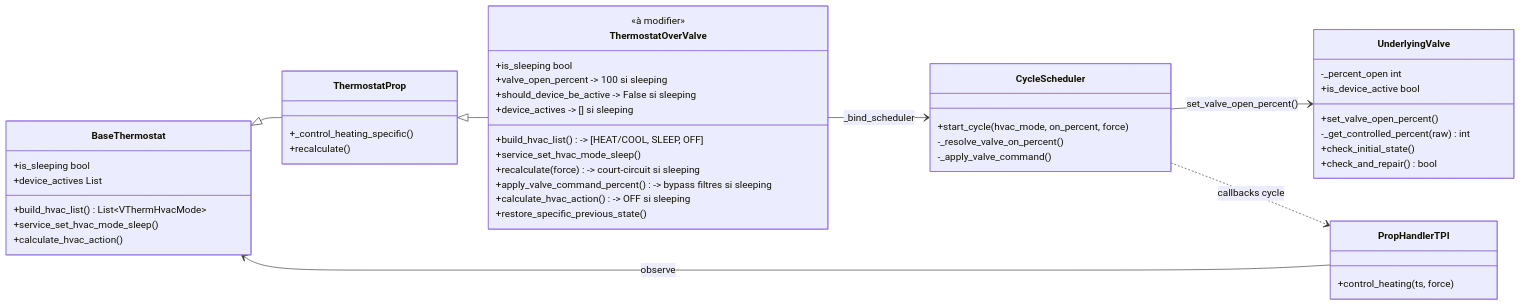
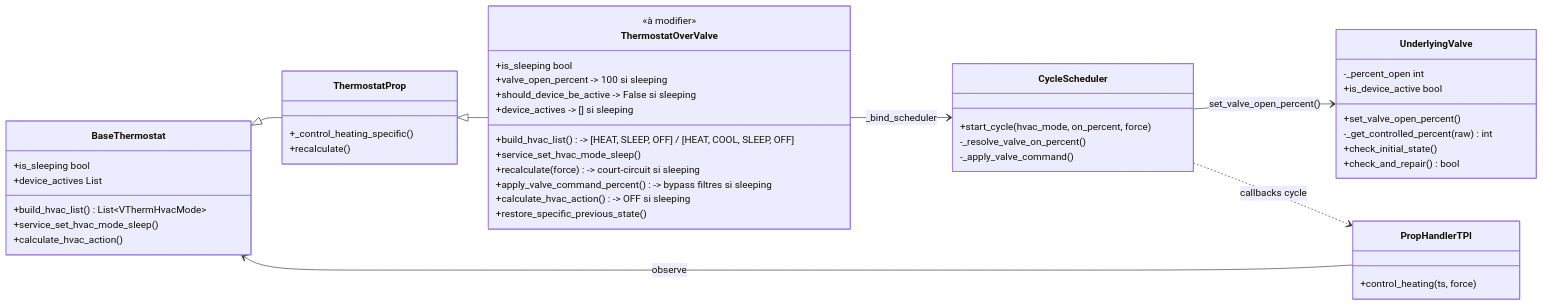
The first of 2 diagrams in documentation/tech-docs/issue-1938-design.md (jmcollin78/versatile_thermostat), drawn with Mermaid before and after one commit. The commit also changed other lines of this file and 9 other files, not shown here.

````diff
--- a/documentation/tech-docs/issue-1938-design.md
+++ b/documentation/tech-docs/issue-1938-design.md
@@ -50,50 +54,50 @@
 ```mermaid
 classDiagram
     direction LR
     class BaseThermostat {
         +build_hvac_list() List~VThermHvacMode~
         +is_sleeping bool
         +service_set_hvac_mode_sleep()
         +device_actives List
         +calculate_hvac_action()
     }
     class ThermostatOverValve {
         <<à modifier>>
-        +build_hvac_list() -> [HEAT/COOL, SLEEP, OFF]
+        +build_hvac_list() -> [HEAT, SLEEP, OFF] / [HEAT, COOL, SLEEP, OFF]
         +is_sleeping bool
         +service_set_hvac_mode_sleep()
         +valve_open_percent -> 100 si sleeping
         +recalculate(force) -> court-circuit si sleeping
         +apply_valve_command_percent() -> bypass filtres si sleeping
         +calculate_hvac_action() -> OFF si sleeping
         +should_device_be_active -> False si sleeping
         +device_actives -> [] si sleeping
         +restore_specific_previous_state()
     }
     class ThermostatProp {
         +_control_heating_specific()
         +recalculate()
     }
     class CycleScheduler {
         +start_cycle(hvac_mode, on_percent, force)
         -_resolve_valve_on_percent()
         -_apply_valve_command()
     }
     class UnderlyingValve {
         -_percent_open int
         +set_valve_open_percent()
         -_get_controlled_percent(raw) int
         +is_device_active bool
         +check_initial_state()
         +check_and_repair() bool
     }
     class PropHandlerTPI {
         +control_heating(ts, force)
     }
     BaseThermostat <|-- ThermostatProp
     ThermostatProp <|-- ThermostatOverValve
     ThermostatOverValve --> CycleScheduler : _bind_scheduler
     CycleScheduler --> UnderlyingValve : set_valve_open_percent()
     CycleScheduler ..> PropHandlerTPI : callbacks cycle
     PropHandlerTPI --> BaseThermostat : observe
 ```
````
